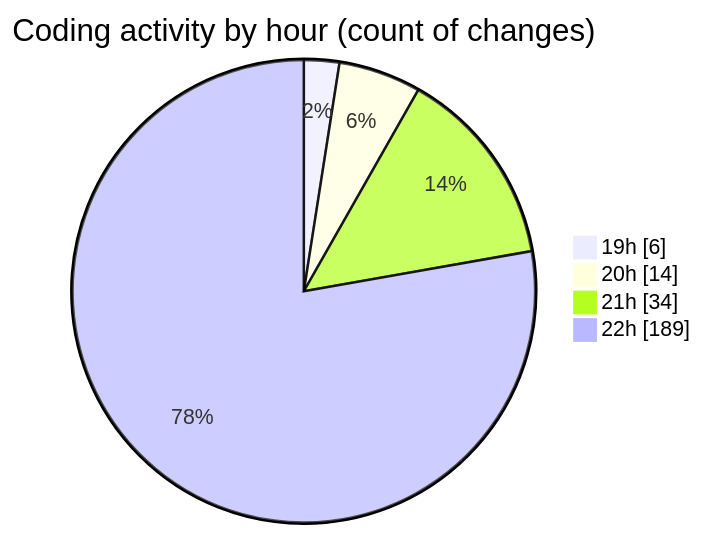
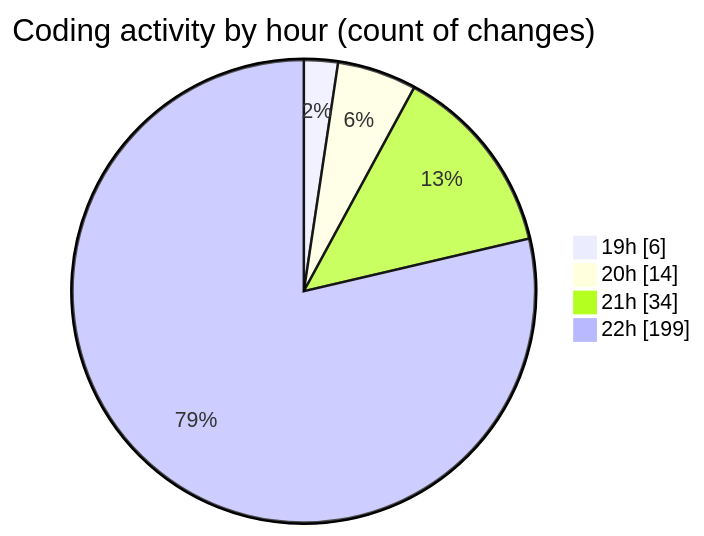
Before and after one commit to IJAZ3593/code-tracking: the second of 2 diagrams in 2025-09-13/new_folder/README.md, drawn with Mermaid. The commit also changed other lines of this file and 1 other file, not shown here.

````diff
--- a/2025-09-13/new_folder/README.md
+++ b/2025-09-13/new_folder/README.md
@@ -35,8 +35,8 @@
 ```mermaid
 pie showData
 title Coding activity by hour (count of changes)
 "19h" : 6
 "20h" : 14
 "21h" : 34
-"22h" : 189
+"22h" : 199
 ```
````
